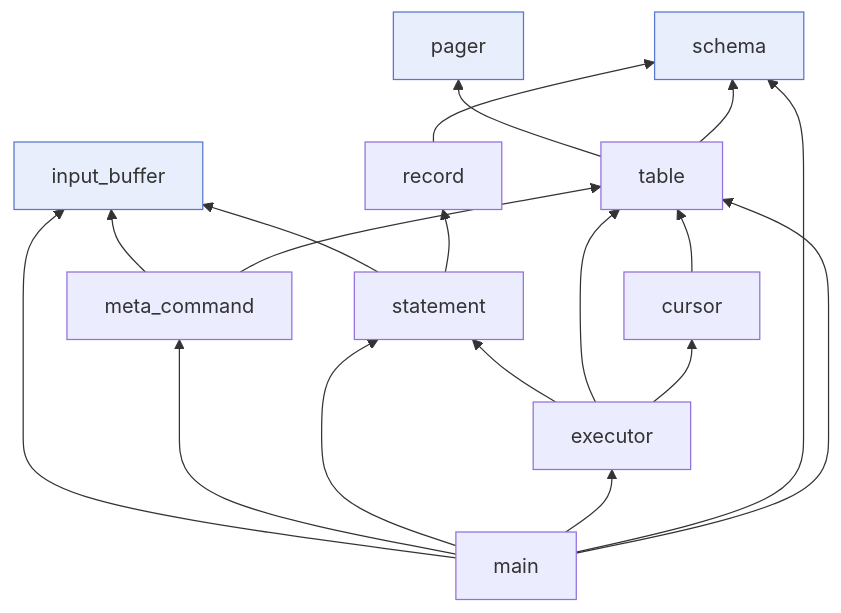
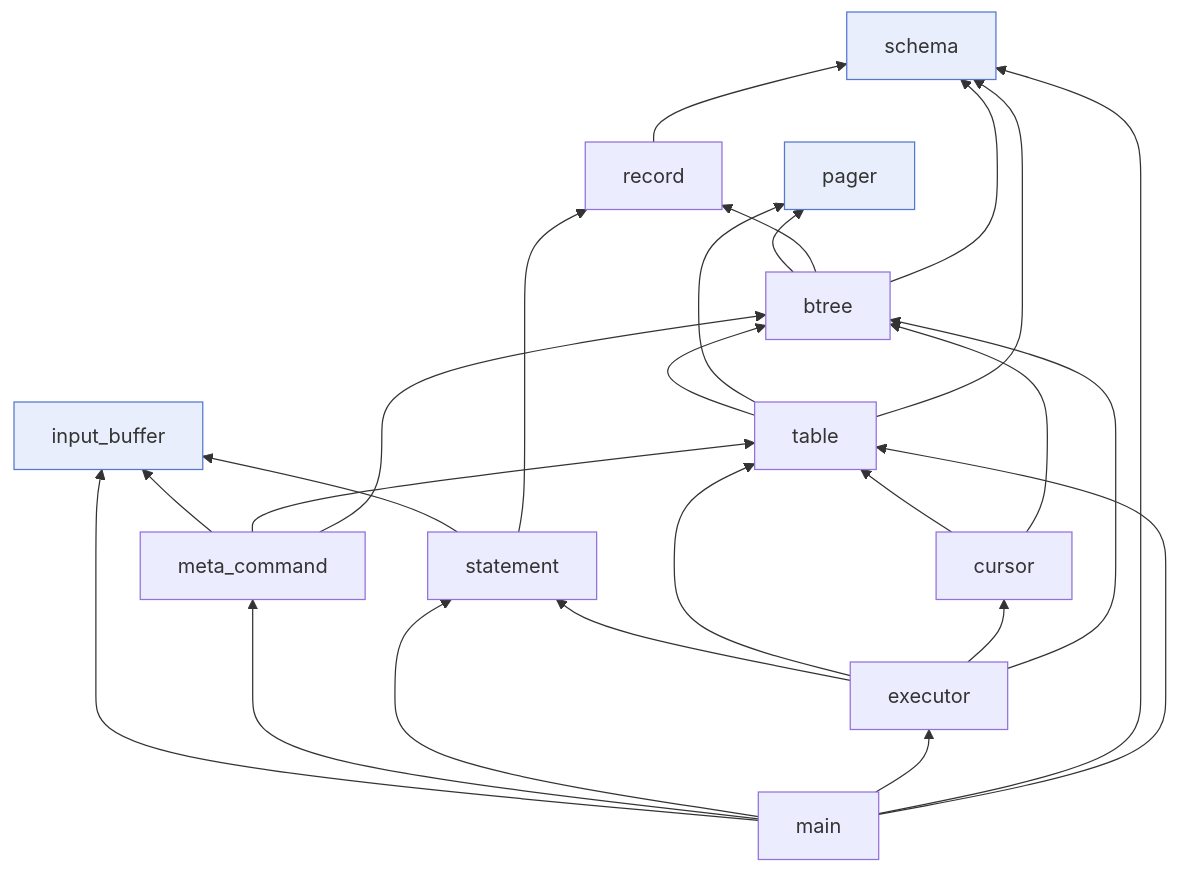
Before and after one commit to Rohitangshu2026/mini-sql: the third of 16 diagrams in README.md, drawn with Mermaid. The commit also changed other lines of this file, not shown here.

````diff
--- a/README.md
+++ b/README.md
@@ -202,24 +231,31 @@
 ```mermaid
 flowchart BT
     main --> input_buffer
     main --> meta_command
     main --> statement
     main --> executor
     main --> schema
     main --> table
 
     meta_command --> input_buffer
     meta_command --> table
+    meta_command --> btree
     statement --> input_buffer
     statement --> record
     executor --> statement
     executor --> table
     executor --> cursor
+    executor --> btree
     cursor --> table
+    cursor --> btree
+    table --> btree
     table --> pager
     table --> schema
+    btree --> pager
+    btree --> record
+    btree --> schema
     record --> schema
 
     classDef leaf fill:#e8eefc,stroke:#5577cc;
     class schema,input_buffer,pager leaf;
 ```
````
